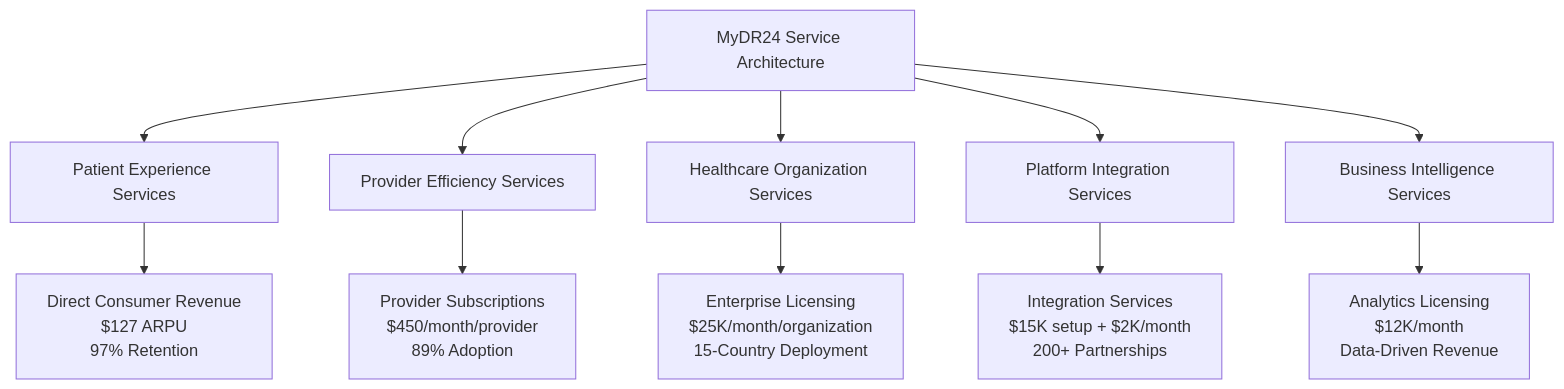
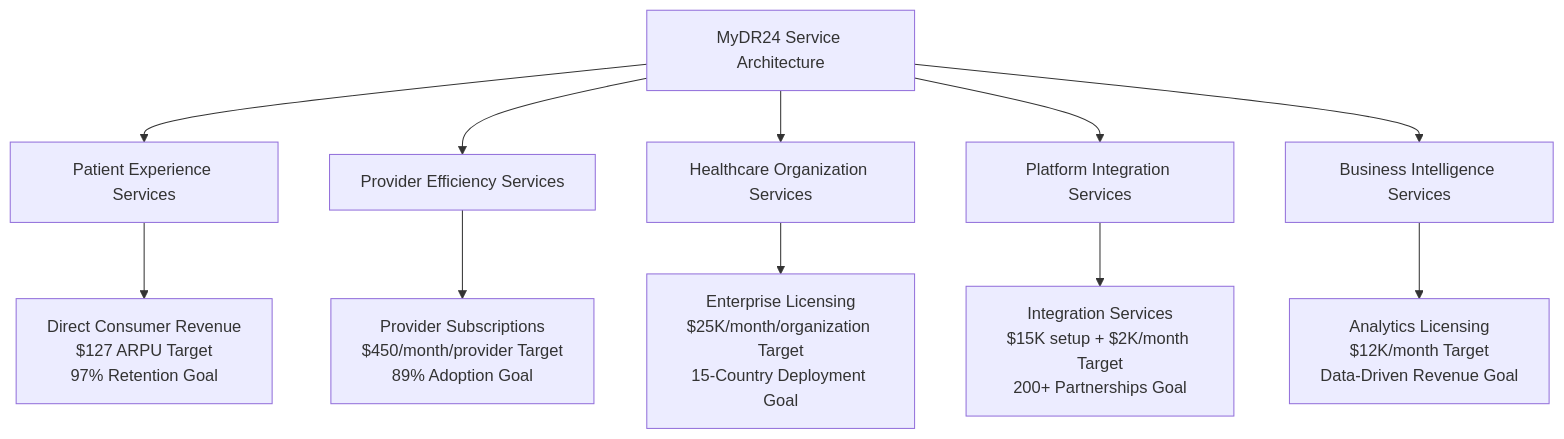
The first of 9 diagrams in chapters/04-service-architecture.md (mydr24/book), drawn with Mermaid before and after one commit. The commit also changed other lines of this file and 15 other files, not shown here.

````diff
--- a/chapters/04-service-architecture.md
+++ b/chapters/04-service-architecture.md
@@ -12,14 +14,14 @@
 ```mermaid
 graph TB
     A[MyDR24 Service Architecture] --> B[Patient Experience Services]
     A --> C[Provider Efficiency Services]
     A --> D[Healthcare Organization Services]
     A --> E[Platform Integration Services]
     A --> F[Business Intelligence Services]
     
-    B --> G[Direct Consumer Revenue<br/>$127 ARPU<br/>97% Retention]
-    C --> H[Provider Subscriptions<br/>$450/month/provider<br/>89% Adoption]
-    D --> I[Enterprise Licensing<br/>$25K/month/organization<br/>15-Country Deployment]
-    E --> J[Integration Services<br/>$15K setup + $2K/month<br/>200+ Partnerships]
-    F --> K[Analytics Licensing<br/>$12K/month<br/>Data-Driven Revenue]
+    B --> G[Direct Consumer Revenue<br/>$127 ARPU Target<br/>97% Retention Goal]
+    C --> H[Provider Subscriptions<br/>$450/month/provider Target<br/>89% Adoption Goal]
+    D --> I[Enterprise Licensing<br/>$25K/month/organization Target<br/>15-Country Deployment Goal]
+    E --> J[Integration Services<br/>$15K setup + $2K/month Target<br/>200+ Partnerships Goal]
+    F --> K[Analytics Licensing<br/>$12K/month Target<br/>Data-Driven Revenue Goal]
 ```
````
